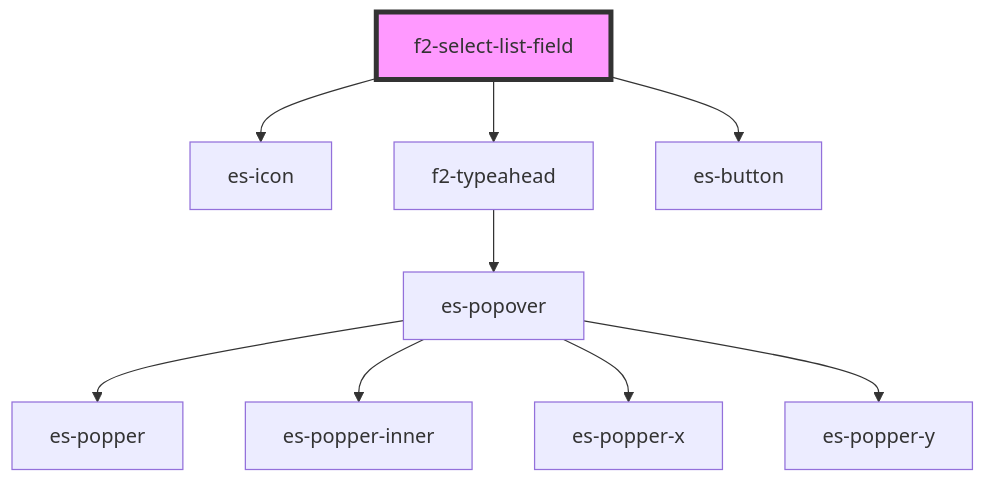
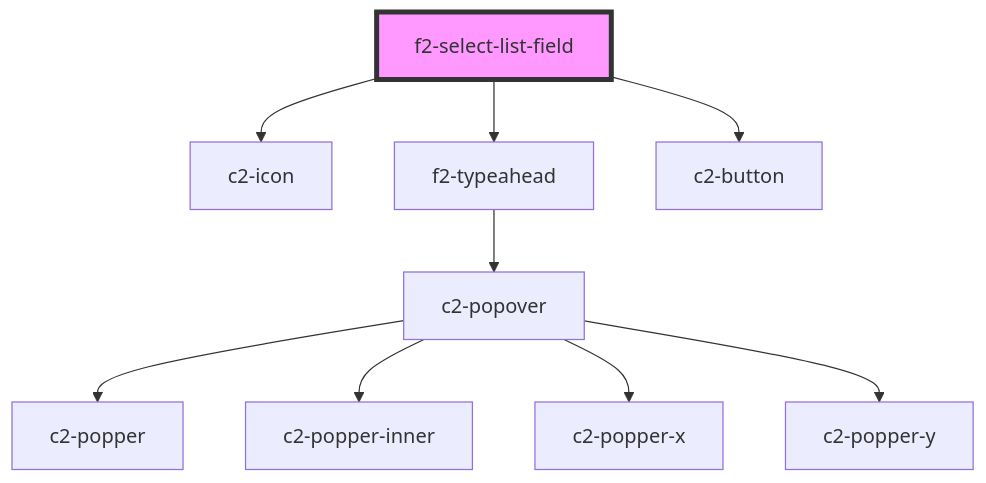
The diagram in packages/fields/src/components/select-list/readme.md (EventStore/Design-System), drawn with Mermaid before and after one commit. The commit also changed other lines of this file and 512 other files, not shown here.

````diff
--- a/packages/fields/src/components/select-list/readme.md
+++ b/packages/fields/src/components/select-list/readme.md
@@ -96,12 +96,12 @@
 ```mermaid
 graph TD;
-  f2-select-list-field --> es-icon
+  f2-select-list-field --> c2-icon
   f2-select-list-field --> f2-typeahead
-  f2-select-list-field --> es-button
-  f2-typeahead --> es-popover
-  es-popover --> es-popper
-  es-popover --> es-popper-inner
-  es-popover --> es-popper-x
-  es-popover --> es-popper-y
+  f2-select-list-field --> c2-button
+  f2-typeahead --> c2-popover
+  c2-popover --> c2-popper
+  c2-popover --> c2-popper-inner
+  c2-popover --> c2-popper-x
+  c2-popover --> c2-popper-y
   style f2-select-list-field fill:#f9f,stroke:#333,stroke-width:4px
 ```
````
